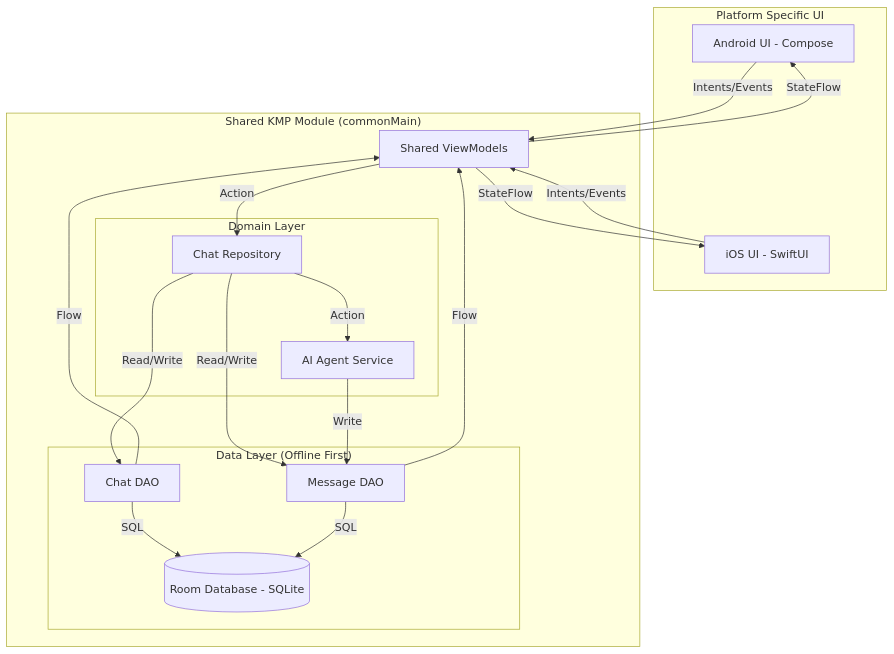
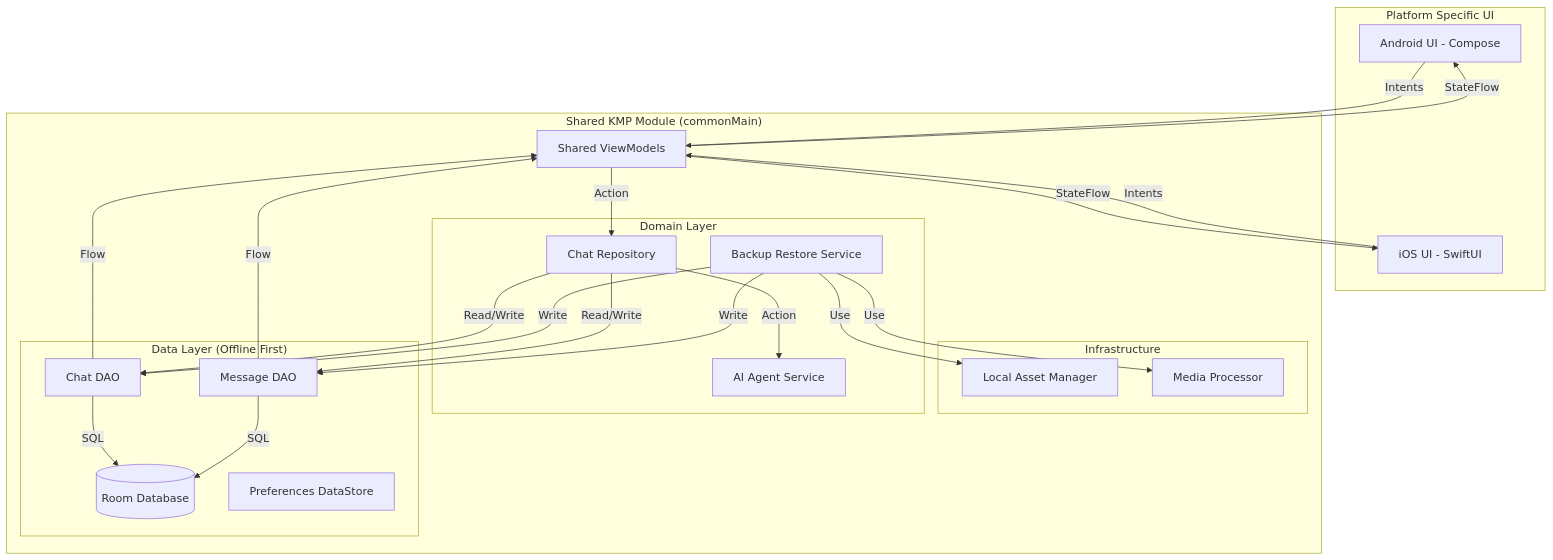
One commit to ashishekka97/offline-first-chat-kmp changed the first of 2 diagrams in SYSTEM_DESIGN.md. Above: the diagram before and after it, drawn with Mermaid. The commit also changed other lines of this file and 1 other file, not shown here.

Commit message:
docs: synchronize design and architecture with refined roadmap

````diff
--- a/SYSTEM_DESIGN.md
+++ b/SYSTEM_DESIGN.md
@@ -103,40 +82,50 @@
 ```mermaid
 graph TD
     subgraph "Platform Specific UI"
         A[Android UI - Compose]
         B[iOS UI - SwiftUI]
     end
 
     subgraph "Shared KMP Module (commonMain)"
         C[Shared ViewModels]
         
+        subgraph "Infrastructure"
+            I1[Local Asset Manager]
+            I2[Media Processor]
+        end
+
         subgraph "Domain Layer"
             D[Chat Repository]
             E[AI Agent Service]
+            RS[Backup Restore Service]
         end
         
         subgraph "Data Layer (Offline First)"
-            F[(Room Database - SQLite)]
+            F[(Room Database)]
+            DS[Preferences DataStore]
             G[Chat DAO]
             H[Message DAO]
         end
         
         C -- StateFlow --> A
         C -- StateFlow --> B
-        A -- Intents/Events --> C
-        B -- Intents/Events --> C
+        A -- Intents --> C
+        B -- Intents --> C
         
         C -- Action --> D
         D -- Action --> E
         
         D -- Read/Write --> G
         D -- Read/Write --> H
-        E -- Write --> H
+        RS -- Write --> G
+        RS -- Write --> H
+        RS -- Use --> I1
+        RS -- Use --> I2
         
         G -- Flow --> C
         H -- Flow --> C
         
         G -- SQL --> F
         H -- SQL --> F
     end
 ```
````
